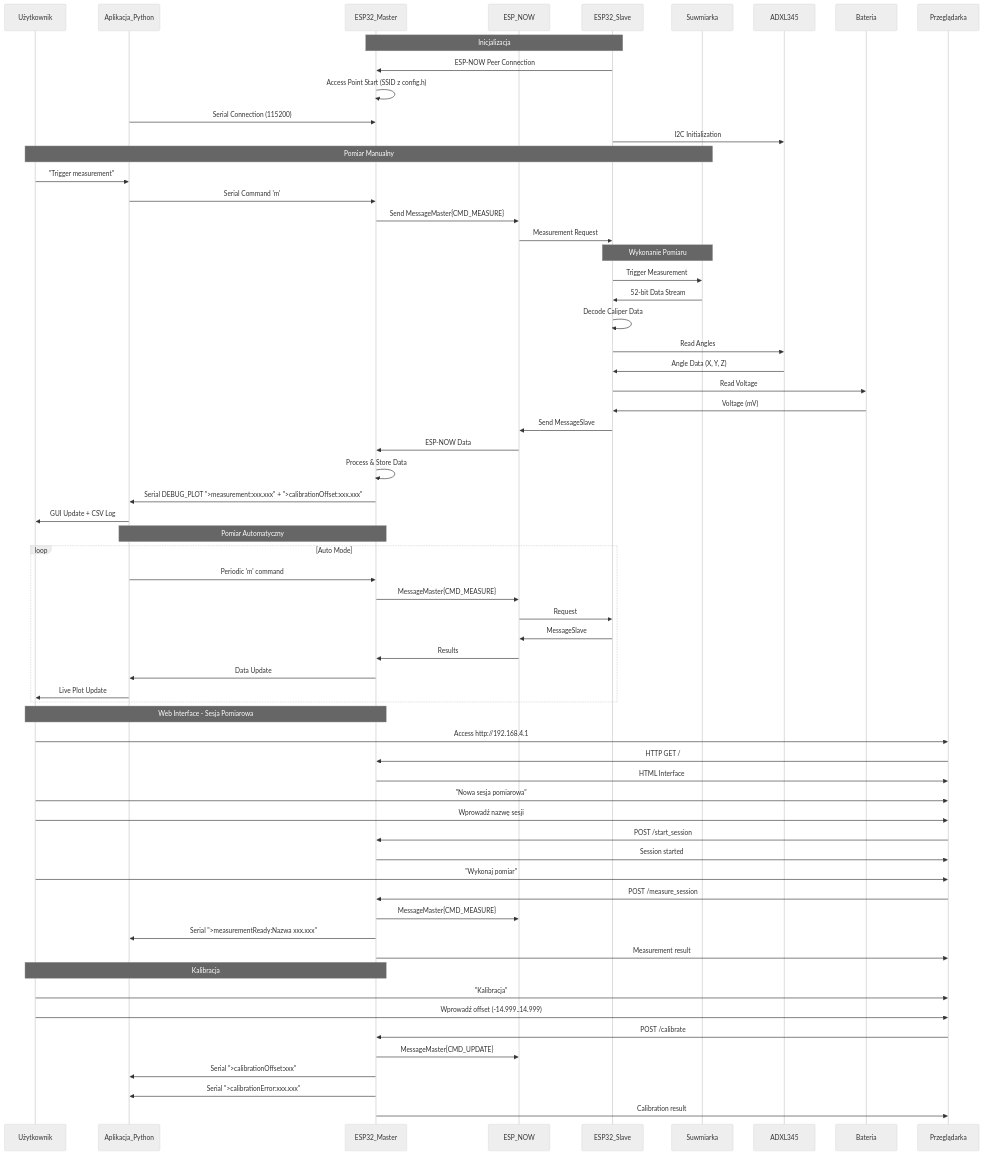
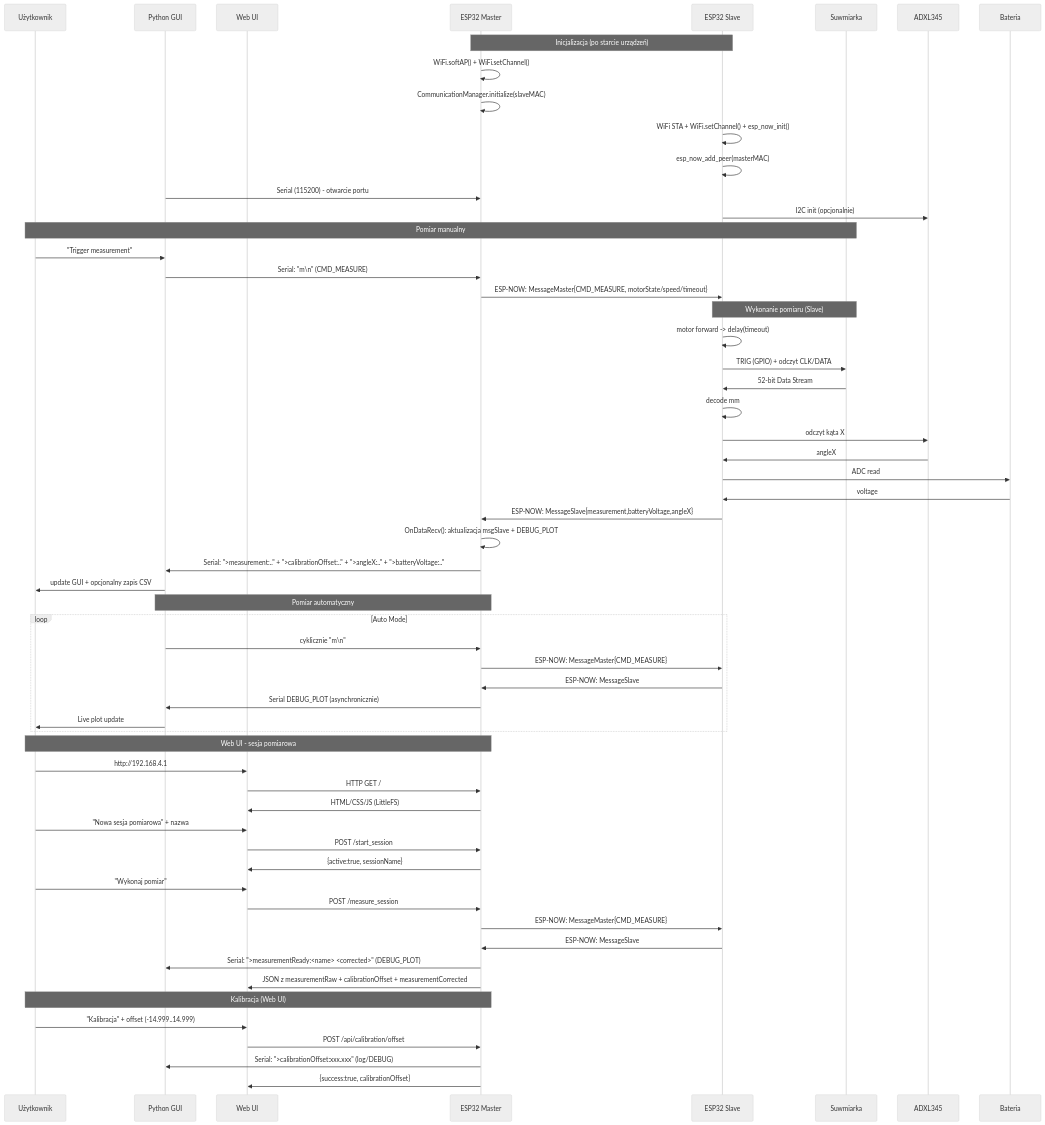
One commit to ciupakt/caliper changed the second of 3 diagrams in README.md. Above: the diagram before and after it, drawn with Mermaid (neutral theme). The commit also changed other lines of this file and 9 other files, not shown here.

````diff
--- a/README.md
+++ b/README.md
@@ -268,71 +332,67 @@
 ```mermaid
 sequenceDiagram
-    participant Użytkownik
-    participant Aplikacja_Python
-    participant ESP32_Master
-    participant ESP_NOW
-    participant ESP32_Slave
-    participant Suwmiarka
-    participant ADXL345
-    participant Bateria
+    participant U as Użytkownik
+    participant GUI as Python GUI
+    participant WEB as Web UI
+    participant M as ESP32 Master
+    participant S as ESP32 Slave
+    participant CAL as Suwmiarka
+    participant ACC as ADXL345
+    participant BAT as Bateria
 
-    Note over ESP32_Slave,ESP32_Master: Inicjalizacja
-    ESP32_Slave->>ESP32_Master: ESP-NOW Peer Connection
-    ESP32_Master->>ESP32_Master: Access Point Start (SSID z config.h)
-    Aplikacja_Python->>ESP32_Master: Serial Connection (115200)
-    ESP32_Slave->>ADXL345: I2C Initialization
+    Note over M,S: Inicjalizacja (po starcie urządzeń)
+    M->>M: WiFi.softAP() + WiFi.setChannel()
+    M->>M: CommunicationManager.initialize(slaveMAC)
+    S->>S: WiFi STA + WiFi.setChannel() + esp_now_init()
+    S->>S: esp_now_add_peer(masterMAC)
+    GUI->>M: Serial (115200) - otwarcie portu
+    S->>ACC: I2C init (opcjonalnie)
 
-    Note over Użytkownik,Suwmiarka: Pomiar Manualny
-    Użytkownik->>Aplikacja_Python: "Trigger measurement"
-    Aplikacja_Python->>ESP32_Master: Serial Command 'm'
-    ESP32_Master->>ESP_NOW: Send MessageMaster{CMD_MEASURE}
-    ESP_NOW->>ESP32_Slave: Measurement Request
+    Note over U,CAL: Pomiar manualny
+    U->>GUI: "Trigger measurement"
+    GUI->>M: Serial: "m\n" (CMD_MEASURE)
+    M->>S: ESP-NOW: MessageMaster{CMD_MEASURE, motorState/speed/timeout}
 
-    Note over ESP32_Slave,Suwmiarka: Wykonanie Pomiaru
-    ESP32_Slave->>Suwmiarka: Trigger Measurement
-    Suwmiarka->>ESP32_Slave: 52-bit Data Stream
-    ESP32_Slave->>ESP32_Slave: Decode Caliper Data
-    ESP32_Slave->>ADXL345: Read Angles
-    ADXL345->>ESP32_Slave: Angle Data (X, Y, Z)
-    ESP32_Slave->>Bateria: Read Voltage
-    Bateria->>ESP32_Slave: Voltage (mV)
-    ESP32_Slave->>ESP_NOW: Send MessageSlave
-    ESP_NOW->>ESP32_Master: ESP-NOW Data
-    ESP32_Master->>ESP32_Master: Process & Store Data
-    ESP32_Master->>Aplikacja_Python: Serial DEBUG_PLOT ">measurement:xxx.xxx" + ">calibrationOffset:xxx.xxx"
-    Aplikacja_Python->>Użytkownik: GUI Update + CSV Log
+    Note over S,CAL: Wykonanie pomiaru (Slave)
+    S->>S: motor forward -> delay(timeout)
+    S->>CAL: TRIG (GPIO) + odczyt CLK/DATA
+    CAL->>S: 52-bit Data Stream
+    S->>S: decode mm
+    S->>ACC: odczyt kąta X
+    ACC->>S: angleX
+    S->>BAT: ADC read
+    BAT->>S: voltage
+    S->>M: ESP-NOW: MessageSlave{measurement,batteryVoltage,angleX}
+    M->>M: OnDataRecv(): aktualizacja msgSlave + DEBUG_PLOT
+    M->>GUI: Serial: ">measurement:.." + ">calibrationOffset:.." + ">angleX:.." + ">batteryVoltage:.."
+    GUI->>U: update GUI + opcjonalny zapis CSV
 
-    Note over Aplikacja_Python,ESP32_Master: Pomiar Automatyczny
+    Note over GUI,M: Pomiar automatyczny
     loop Auto Mode
-        Aplikacja_Python->>ESP32_Master: Periodic 'm' command
-        ESP32_Master->>ESP_NOW: MessageMaster{CMD_MEASURE}
-        ESP_NOW->>ESP32_Slave: Request
-        ESP32_Slave->>ESP_NOW: MessageSlave
-        ESP_NOW->>ESP32_Master: Results
-        ESP32_Master->>Aplikacja_Python: Data Update
-        Aplikacja_Python->>Użytkownik: Live Plot Update
+        GUI->>M: cyklicznie "m\n"
+        M->>S: ESP-NOW: MessageMaster{CMD_MEASURE}
+        S->>M: ESP-NOW: MessageSlave
+        M->>GUI: Serial DEBUG_PLOT (asynchronicznie)
+        GUI->>U: Live plot update
     end
 
-    Note over Użytkownik,ESP32_Master: Web Interface - Sesja Pomiarowa
-    Użytkownik->>Przeglądarka: Access http://192.168.4.1
-    Przeglądarka->>ESP32_Master: HTTP GET /
-    ESP32_Master->>Przeglądarka: HTML Interface
-    Użytkownik->>Przeglądarka: "Nowa sesja pomiarowa"
-    Użytkownik->>Przeglądarka: Wprowadź nazwę sesji
-    Przeglądarka->>ESP32_Master: POST /start_session
-    ESP32_Master->>Przeglądarka: Session started
-    Użytkownik->>Przeglądarka: "Wykonaj pomiar"
-    Przeglądarka->>ESP32_Master: POST /measure_session
-    ESP32_Master->>ESP_NOW: MessageMaster{CMD_MEASURE}
-    ESP32_Master->>Aplikacja_Python: Serial ">measurementReady:Nazwa xxx.xxx"
-    ESP32_Master->>Przeglądarka: Measurement result
+    Note over U,M: Web UI - sesja pomiarowa
+    U->>WEB: http://192.168.4.1
+    WEB->>M: HTTP GET /
+    M->>WEB: HTML/CSS/JS (LittleFS)
+    U->>WEB: "Nowa sesja pomiarowa" + nazwa
+    WEB->>M: POST /start_session
+    M->>WEB: {active:true, sessionName}
+    U->>WEB: "Wykonaj pomiar"
+    WEB->>M: POST /measure_session
+    M->>S: ESP-NOW: MessageMaster{CMD_MEASURE}
+    S->>M: ESP-NOW: MessageSlave
+    M->>GUI: Serial: ">measurementReady:<name> <corrected>" (DEBUG_PLOT)
+    M->>WEB: JSON z measurementRaw + calibrationOffset + measurementCorrected
 
-    Note over Użytkownik,ESP32_Master: Kalibracja
-    Użytkownik->>Przeglądarka: "Kalibracja"
-    Użytkownik->>Przeglądarka: Wprowadź offset (-14.999..14.999)
-    Przeglądarka->>ESP32_Master: POST /calibrate
-    ESP32_Master->>ESP_NOW: MessageMaster{CMD_UPDATE}
-    ESP32_Master->>Aplikacja_Python: Serial ">calibrationOffset:xxx"
-    ESP32_Master->>Aplikacja_Python: Serial ">calibrationError:xxx.xxx"
-    ESP32_Master->>Przeglądarka: Calibration result
+    Note over U,M: Kalibracja (Web UI)
+    U->>WEB: "Kalibracja" + offset (-14.999..14.999)
+    WEB->>M: POST /api/calibration/offset
+    M->>GUI: Serial: ">calibrationOffset:xxx.xxx" (log/DEBUG)
+    M->>WEB: {success:true, calibrationOffset}
 ```
````
